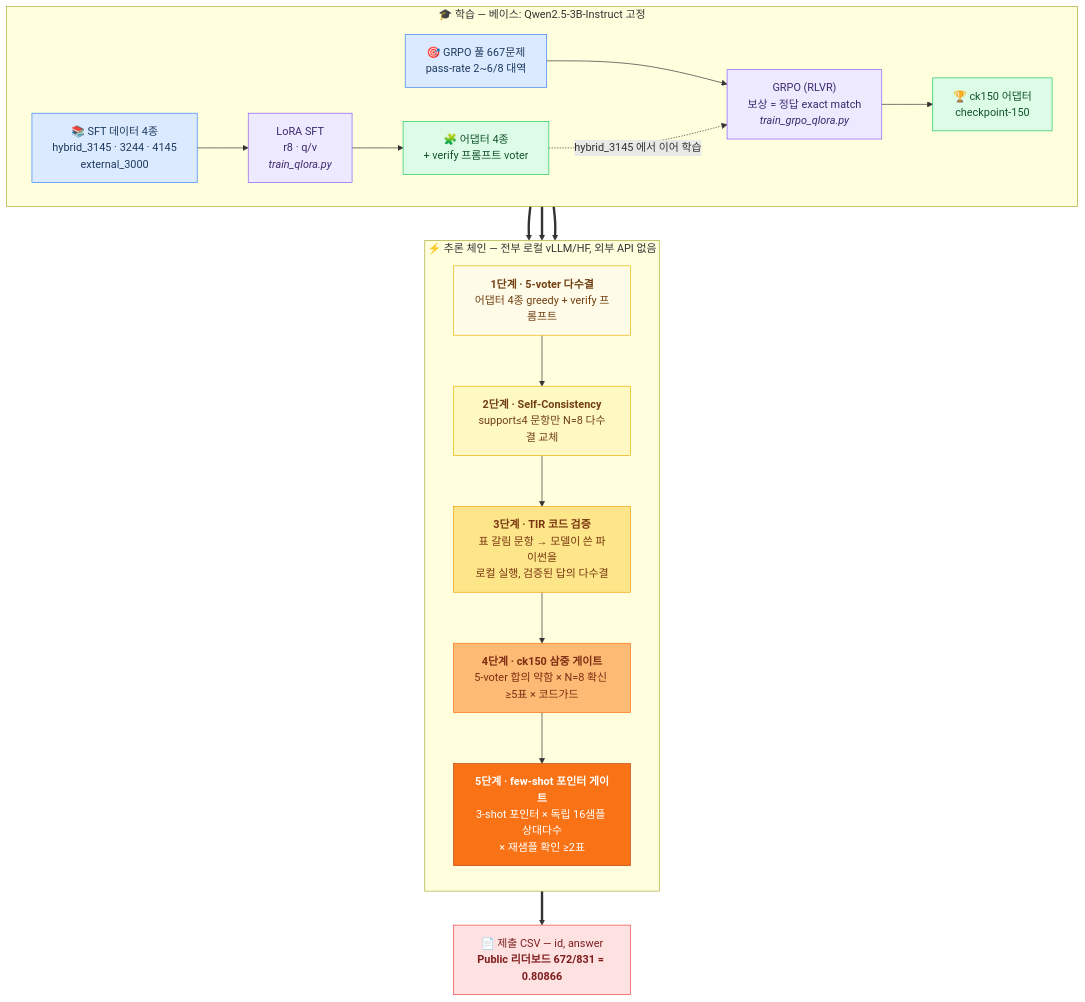
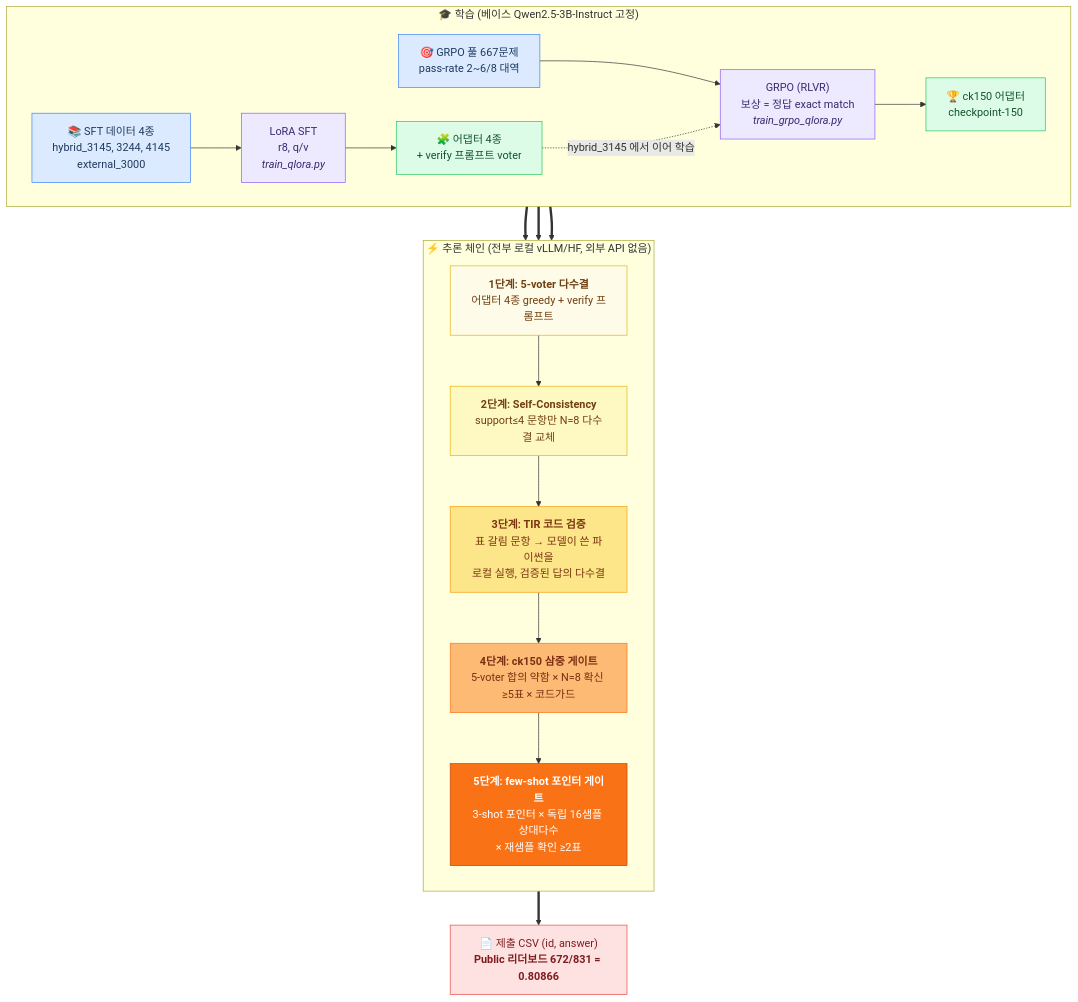
One commit to ale8ander/Deep-Learning-Challenge-2026 changed the diagram in README.md. Above: the diagram before and after it, drawn with Mermaid. The commit also changed other lines of this file, not shown here.

````diff
--- a/README.md
+++ b/README.md
@@ -22,50 +22,50 @@
 ```mermaid
 flowchart TB
-    subgraph 학습["🎓 학습 — 베이스: Qwen2.5-3B-Instruct 고정"]
+    subgraph 학습["🎓 학습 (베이스 Qwen2.5-3B-Instruct 고정)"]
         direction LR
-        D1["📚 SFT 데이터 4종<br/>hybrid_3145 · 3244 · 4145<br/>external_3000"]
+        D1["📚 SFT 데이터 4종<br/>hybrid_3145, 3244, 4145<br/>external_3000"]
         D2["🎯 GRPO 풀 667문제<br/>pass-rate 2~6/8 대역"]
-        T1["LoRA SFT<br/>r8 · q/v<br/><i>train_qlora.py</i>"]
+        T1["LoRA SFT<br/>r8, q/v<br/><i>train_qlora.py</i>"]
         T2["GRPO (RLVR)<br/>보상 = 정답 exact match<br/><i>train_grpo_qlora.py</i>"]
         A1["🧩 어댑터 4종<br/>+ verify 프롬프트 voter"]
         A2["🏆 ck150 어댑터<br/>checkpoint-150"]
         D1 --> T1 --> A1
         D2 --> T2
         A1 -.hybrid_3145 에서 이어 학습.-> T2 --> A2
     end
 
-    subgraph 추론["⚡ 추론 체인 — 전부 로컬 vLLM/HF, 외부 API 없음"]
+    subgraph 추론["⚡ 추론 체인 (전부 로컬 vLLM/HF, 외부 API 없음)"]
         direction TB
-        L1["<b>1단계 · 5-voter 다수결</b><br/>어댑터 4종 greedy + verify 프롬프트"]
-        L2["<b>2단계 · Self-Consistency</b><br/>support≤4 문항만 N=8 다수결 교체"]
-        L3["<b>3단계 · TIR 코드 검증</b><br/>표 갈림 문항 → 모델이 쓴 파이썬을<br/>로컬 실행, 검증된 답의 다수결"]
-        L4["<b>4단계 · ck150 삼중 게이트</b><br/>5-voter 합의 약함 × N=8 확신 ≥5표 × 코드가드"]
-        L5["<b>5단계 · few-shot 포인터 게이트</b><br/>3-shot 포인터 × 독립 16샘플 상대다수<br/>× 재샘플 확인 ≥2표"]
+        L1["<b>1단계: 5-voter 다수결</b><br/>어댑터 4종 greedy + verify 프롬프트"]
+        L2["<b>2단계: Self-Consistency</b><br/>support≤4 문항만 N=8 다수결 교체"]
+        L3["<b>3단계: TIR 코드 검증</b><br/>표 갈림 문항 → 모델이 쓴 파이썬을<br/>로컬 실행, 검증된 답의 다수결"]
+        L4["<b>4단계: ck150 삼중 게이트</b><br/>5-voter 합의 약함 × N=8 확신 ≥5표 × 코드가드"]
+        L5["<b>5단계: few-shot 포인터 게이트</b><br/>3-shot 포인터 × 독립 16샘플 상대다수<br/>× 재샘플 확인 ≥2표"]
         L1 --> L2 --> L3 --> L4 --> L5
     end
 
     A1 ==> L1
     A2 ==> L4
     A2 ==> L5
-    L5 ==> CSV["📄 제출 CSV — id, answer<br/><b>Public 리더보드 672/831 = 0.80866</b>"]
+    L5 ==> CSV["📄 제출 CSV (id, answer)<br/><b>Public 리더보드 672/831 = 0.80866</b>"]
 
     classDef data fill:#dbeafe,stroke:#3b82f6,color:#1e3a5f
     classDef train fill:#ede9fe,stroke:#8b5cf6,color:#3b2a6e
     classDef adapter fill:#dcfce7,stroke:#22c55e,color:#14532d
     classDef l1 fill:#fefce8,stroke:#eab308,color:#713f12
     classDef l2 fill:#fef9c3,stroke:#eab308,color:#713f12
     classDef l3 fill:#fde68a,stroke:#f59e0b,color:#78350f
     classDef l4 fill:#fdba74,stroke:#f97316,color:#7c2d12
     classDef l5 fill:#f97316,stroke:#c2410c,color:#ffffff
     classDef final fill:#fee2e2,stroke:#ef4444,color:#7f1d1d
 
     class D1,D2 data
     class T1,T2 train
     class A1,A2 adapter
     class L1 l1
     class L2 l2
     class L3 l3
     class L4 l4
     class L5 l5
     class CSV final
 ```
````
